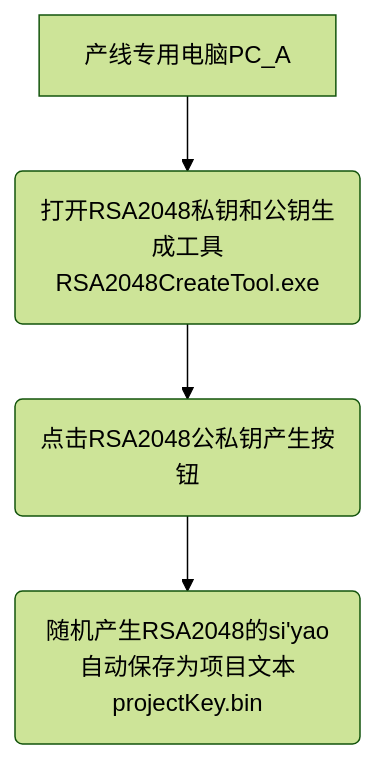
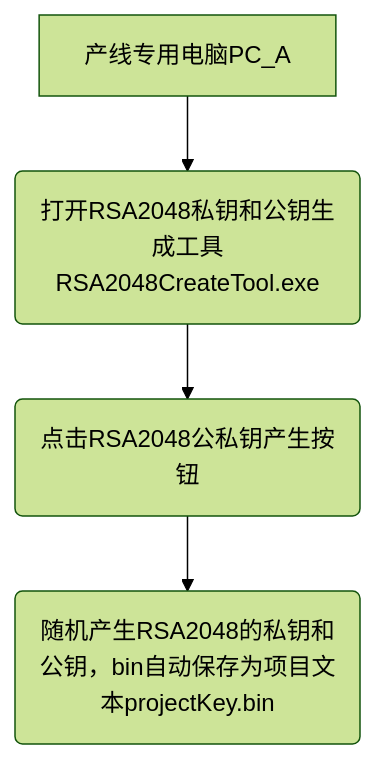
The diagram in all/未命名-10.md (facebook-cloud/iodraw-files), drawn with Mermaid (forest theme) before and after one commit.

Commit message:
2026-01-06 20:27:19 update

````diff
--- a/all/未命名-10.md
+++ b/all/未命名-10.md
@@ -1,6 +1,6 @@
 ```mermaid
 graph TD
     A[产线专用电脑PC_A] --> B(打开RSA2048私钥和公钥生成工具RSA2048CreateTool.exe)
     B --> C(点击RSA2048公私钥产生按钮)
-    C --> F(随机产生RSA2048的si'yao自动保存为项目文本projectKey.bin)
+    C --> F(随机产生RSA2048的私钥和公钥，bin自动保存为项目文本projectKey.bin)
 ```
````
